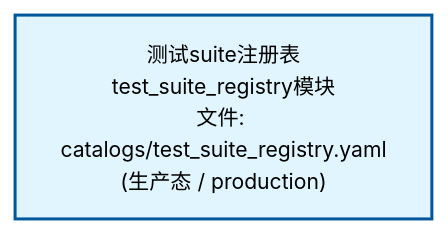
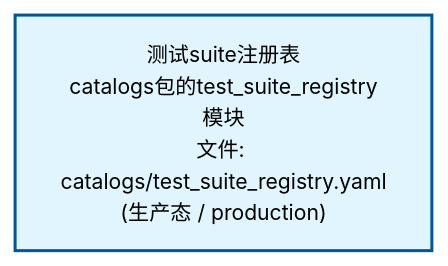
The first of 2 diagrams in docs/02_enterprise_architecture/02_domain_architecture_docs/33_d_audittest.md (xuanFelixVan/ZephyrAlpha), drawn with Mermaid before and after one commit. The commit also changed other lines of this file and 58 other files, not shown here.

````diff
--- a/docs/02_enterprise_architecture/02_domain_architecture_docs/33_d_audittest.md
+++ b/docs/02_enterprise_architecture/02_domain_architecture_docs/33_d_audittest.md
@@ -53,10 +53,10 @@
 ```mermaid
 %%{init: {'theme': 'base', 'themeVariables': {'primaryColor': '#eaeaea', 'primaryTextColor': '#333333', 'primaryBorderColor': '#666666', 'lineColor': '#666666', 'secondaryColor': '#eaeaea', 'tertiaryColor': '#eaeaea', 'fontSize': '14px'}}}%%
 flowchart TD
-    docs_01_policies_and_standards_registry_catalogs_test_suite_registry_yaml["测试suite注册表<br/>test_suite_registry模块<br/>文件: catalogs/test_suite_registry.yaml<br/>(生产态 / production)"]
+    docs_01_policies_and_standards_registry_catalogs_test_suite_registry_yaml["测试suite注册表<br/>catalogs包的test_suite_registry模块<br/>文件: catalogs/test_suite_registry.yaml<br/>(生产态 / production)"]
     classDef production fill:#e1f5fe,stroke:#01579b,stroke-width:2px,color:#000
     classDef design fill:#fff3e0,stroke:#e65100,stroke-width:2px,color:#000,stroke-dasharray: 5 5
     classDef external_prod fill:#e8f4fd,stroke:#0277bd,stroke-width:1px,color:#000
     classDef external_design fill:#fff8e7,stroke:#ef6c00,stroke-width:1px,color:#000,stroke-dasharray: 5 5
     class docs_01_policies_and_standards_registry_catalogs_test_suite_registry_yaml production
 ```
````
